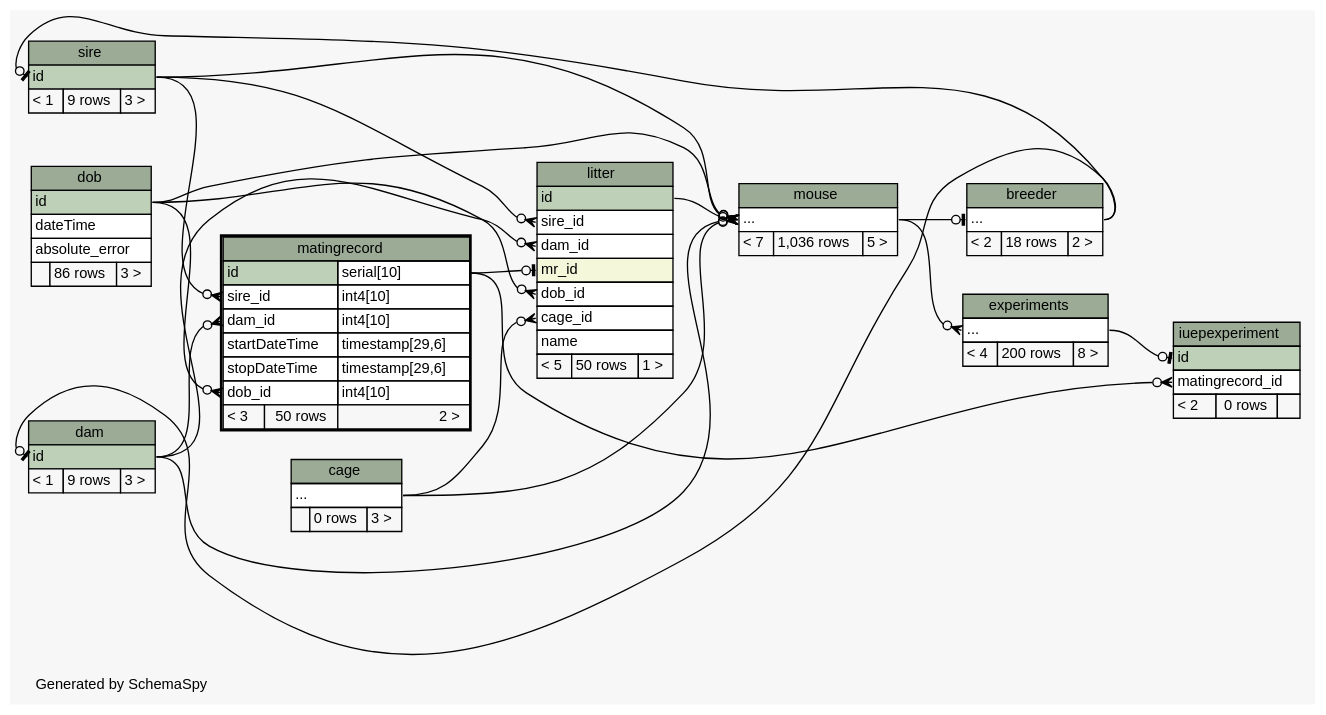
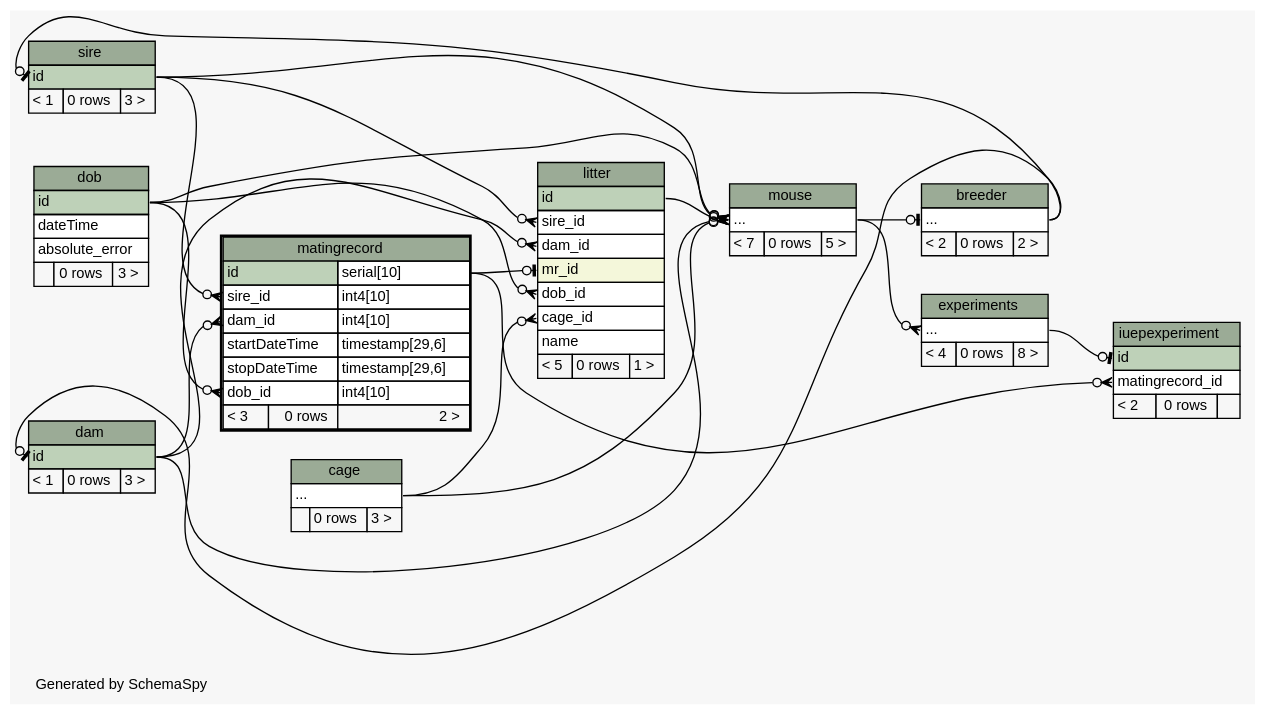
One commit to tgbugs/mlab changed the diagram in database/ss/diagrams/matingrecord.2degrees.dot. Above: the diagram before and after it, drawn with Graphviz. The commit also changed 227 other files, not shown here.

```diff
--- a/database/ss/diagrams/matingrecord.2degrees.dot
+++ b/database/ss/diagrams/matingrecord.2degrees.dot
@@ -1,155 +1,155 @@
 // dot 2.32.0 on Windows 7 6.1
 // SchemaSpy rev 590
 digraph "twoDegreesRelationshipsDiagram" {
   graph [
     rankdir="RL"
     bgcolor="#f7f7f7"
     label="\nGenerated by SchemaSpy"
     labeljust="l"
     nodesep="0.18"
     ranksep="0.46"
     fontname="Helvetica"
     fontsize="11"
   ];
   node [
     fontname="Helvetica"
     fontsize="11"
     shape="plaintext"
   ];
   edge [
     arrowsize="0.8"
   ];
   "breeder":"elipses":w -> "mouse":"elipses":e [arrowhead=none dir=back arrowtail=teeodot];
   "dam":"id":w -> "breeder":"elipses":e [arrowhead=none dir=back arrowtail=teeodot];
   "experiments":"elipses":w -> "mouse":"elipses":e [arrowhead=none dir=back arrowtail=crowodot];
   "iuepexperiment":"id":w -> "experiments":"elipses":e [arrowhead=none dir=back arrowtail=teeodot];
   "iuepexperiment":"matingrecord_id":w -> "matingrecord":"id.type":e [arrowhead=none dir=back arrowtail=crowodot];
   "litter":"cage_id":w -> "cage":"elipses":e [arrowhead=none dir=back arrowtail=crowodot];
   "litter":"dam_id":w -> "dam":"id":e [arrowhead=none dir=back arrowtail=crowodot];
   "litter":"dob_id":w -> "dob":"id":e [arrowhead=none dir=back arrowtail=crowodot];
   "litter":"mr_id":w -> "matingrecord":"id.type":e [arrowhead=none dir=back arrowtail=teeodot];
   "litter":"sire_id":w -> "sire":"id":e [arrowhead=none dir=back arrowtail=crowodot];
   "matingrecord":"dam_id":w -> "dam":"id":e [arrowhead=none dir=back arrowtail=crowodot];
   "matingrecord":"dob_id":w -> "dob":"id":e [arrowhead=none dir=back arrowtail=crowodot];
   "matingrecord":"sire_id":w -> "sire":"id":e [arrowhead=none dir=back arrowtail=crowodot];
   "mouse":"elipses":w -> "cage":"elipses":e [arrowhead=none dir=back arrowtail=crowodot];
   "mouse":"elipses":w -> "dam":"id":e [arrowhead=none dir=back arrowtail=crowodot];
   "mouse":"elipses":w -> "dob":"id":e [arrowhead=none dir=back arrowtail=crowodot];
   "mouse":"elipses":w -> "litter":"id":e [arrowhead=none dir=back arrowtail=crowodot];
   "mouse":"elipses":w -> "sire":"id":e [arrowhead=none dir=back arrowtail=crowodot];
   "sire":"id":w -> "breeder":"elipses":e [arrowhead=none dir=back arrowtail=teeodot];
   "breeder" [
     label=<
     <TABLE BORDER="0" CELLBORDER="1" CELLSPACING="0" BGCOLOR="#ffffff">
       <TR><TD COLSPAN="3" BGCOLOR="#9bab96" ALIGN="CENTER">breeder</TD></TR>
       <TR><TD PORT="elipses" COLSPAN="3" ALIGN="LEFT">...</TD></TR>
-      <TR><TD ALIGN="LEFT" BGCOLOR="#f7f7f7">&lt; 2</TD><TD ALIGN="RIGHT" BGCOLOR="#f7f7f7">18 rows</TD><TD ALIGN="RIGHT" BGCOLOR="#f7f7f7">2 &gt;</TD></TR>
+      <TR><TD ALIGN="LEFT" BGCOLOR="#f7f7f7">&lt; 2</TD><TD ALIGN="RIGHT" BGCOLOR="#f7f7f7">0 rows</TD><TD ALIGN="RIGHT" BGCOLOR="#f7f7f7">2 &gt;</TD></TR>
     </TABLE>>
     URL="breeder.html"
     tooltip="breeder"
   ];
   "cage" [
     label=<
     <TABLE BORDER="0" CELLBORDER="1" CELLSPACING="0" BGCOLOR="#ffffff">
       <TR><TD COLSPAN="3" BGCOLOR="#9bab96" ALIGN="CENTER">cage</TD></TR>
       <TR><TD PORT="elipses" COLSPAN="3" ALIGN="LEFT">...</TD></TR>
       <TR><TD ALIGN="LEFT" BGCOLOR="#f7f7f7">  </TD><TD ALIGN="RIGHT" BGCOLOR="#f7f7f7">0 rows</TD><TD ALIGN="RIGHT" BGCOLOR="#f7f7f7">3 &gt;</TD></TR>
     </TABLE>>
     URL="cage.html"
     tooltip="cage"
   ];
   "dam" [
     label=<
     <TABLE BORDER="0" CELLBORDER="1" CELLSPACING="0" BGCOLOR="#ffffff">
       <TR><TD COLSPAN="3" BGCOLOR="#9bab96" ALIGN="CENTER">dam</TD></TR>
       <TR><TD PORT="id" COLSPAN="3" BGCOLOR="#bed1b8" ALIGN="LEFT">id</TD></TR>
-      <TR><TD ALIGN="LEFT" BGCOLOR="#f7f7f7">&lt; 1</TD><TD ALIGN="RIGHT" BGCOLOR="#f7f7f7">9 rows</TD><TD ALIGN="RIGHT" BGCOLOR="#f7f7f7">3 &gt;</TD></TR>
+      <TR><TD ALIGN="LEFT" BGCOLOR="#f7f7f7">&lt; 1</TD><TD ALIGN="RIGHT" BGCOLOR="#f7f7f7">0 rows</TD><TD ALIGN="RIGHT" BGCOLOR="#f7f7f7">3 &gt;</TD></TR>
     </TABLE>>
     URL="dam.html"
     tooltip="dam"
   ];
   "dob" [
     label=<
     <TABLE BORDER="0" CELLBORDER="1" CELLSPACING="0" BGCOLOR="#ffffff">
       <TR><TD COLSPAN="3" BGCOLOR="#9bab96" ALIGN="CENTER">dob</TD></TR>
       <TR><TD PORT="id" COLSPAN="3" BGCOLOR="#bed1b8" ALIGN="LEFT">id</TD></TR>
       <TR><TD PORT="dateTime" COLSPAN="3" ALIGN="LEFT">dateTime</TD></TR>
       <TR><TD PORT="absolute_error" COLSPAN="3" ALIGN="LEFT">absolute_error</TD></TR>
-      <TR><TD ALIGN="LEFT" BGCOLOR="#f7f7f7">  </TD><TD ALIGN="RIGHT" BGCOLOR="#f7f7f7">86 rows</TD><TD ALIGN="RIGHT" BGCOLOR="#f7f7f7">3 &gt;</TD></TR>
+      <TR><TD ALIGN="LEFT" BGCOLOR="#f7f7f7">  </TD><TD ALIGN="RIGHT" BGCOLOR="#f7f7f7">0 rows</TD><TD ALIGN="RIGHT" BGCOLOR="#f7f7f7">3 &gt;</TD></TR>
     </TABLE>>
     URL="dob.html"
     tooltip="dob"
   ];
   "experiments" [
     label=<
     <TABLE BORDER="0" CELLBORDER="1" CELLSPACING="0" BGCOLOR="#ffffff">
       <TR><TD COLSPAN="3" BGCOLOR="#9bab96" ALIGN="CENTER">experiments</TD></TR>
       <TR><TD PORT="elipses" COLSPAN="3" ALIGN="LEFT">...</TD></TR>
-      <TR><TD ALIGN="LEFT" BGCOLOR="#f7f7f7">&lt; 4</TD><TD ALIGN="RIGHT" BGCOLOR="#f7f7f7">200 rows</TD><TD ALIGN="RIGHT" BGCOLOR="#f7f7f7">8 &gt;</TD></TR>
+      <TR><TD ALIGN="LEFT" BGCOLOR="#f7f7f7">&lt; 4</TD><TD ALIGN="RIGHT" BGCOLOR="#f7f7f7">0 rows</TD><TD ALIGN="RIGHT" BGCOLOR="#f7f7f7">8 &gt;</TD></TR>
     </TABLE>>
     URL="experiments.html"
     tooltip="experiments"
   ];
   "iuepexperiment" [
     label=<
     <TABLE BORDER="0" CELLBORDER="1" CELLSPACING="0" BGCOLOR="#ffffff">
       <TR><TD COLSPAN="3" BGCOLOR="#9bab96" ALIGN="CENTER">iuepexperiment</TD></TR>
       <TR><TD PORT="id" COLSPAN="3" BGCOLOR="#bed1b8" ALIGN="LEFT">id</TD></TR>
       <TR><TD PORT="matingrecord_id" COLSPAN="3" ALIGN="LEFT">matingrecord_id</TD></TR>
       <TR><TD ALIGN="LEFT" BGCOLOR="#f7f7f7">&lt; 2</TD><TD ALIGN="RIGHT" BGCOLOR="#f7f7f7">0 rows</TD><TD ALIGN="RIGHT" BGCOLOR="#f7f7f7">  </TD></TR>
     </TABLE>>
     URL="iuepexperiment.html"
     tooltip="iuepexperiment"
   ];
   "litter" [
     label=<
     <TABLE BORDER="0" CELLBORDER="1" CELLSPACING="0" BGCOLOR="#ffffff">
       <TR><TD COLSPAN="3" BGCOLOR="#9bab96" ALIGN="CENTER">litter</TD></TR>
       <TR><TD PORT="id" COLSPAN="3" BGCOLOR="#bed1b8" ALIGN="LEFT">id</TD></TR>
       <TR><TD PORT="sire_id" COLSPAN="3" ALIGN="LEFT">sire_id</TD></TR>
       <TR><TD PORT="dam_id" COLSPAN="3" ALIGN="LEFT">dam_id</TD></TR>
       <TR><TD PORT="mr_id" COLSPAN="3" BGCOLOR="#f4f7da" ALIGN="LEFT">mr_id</TD></TR>
       <TR><TD PORT="dob_id" COLSPAN="3" ALIGN="LEFT">dob_id</TD></TR>
       <TR><TD PORT="cage_id" COLSPAN="3" ALIGN="LEFT">cage_id</TD></TR>
       <TR><TD PORT="name" COLSPAN="3" ALIGN="LEFT">name</TD></TR>
-      <TR><TD ALIGN="LEFT" BGCOLOR="#f7f7f7">&lt; 5</TD><TD ALIGN="RIGHT" BGCOLOR="#f7f7f7">50 rows</TD><TD ALIGN="RIGHT" BGCOLOR="#f7f7f7">1 &gt;</TD></TR>
+      <TR><TD ALIGN="LEFT" BGCOLOR="#f7f7f7">&lt; 5</TD><TD ALIGN="RIGHT" BGCOLOR="#f7f7f7">0 rows</TD><TD ALIGN="RIGHT" BGCOLOR="#f7f7f7">1 &gt;</TD></TR>
     </TABLE>>
     URL="litter.html"
     tooltip="litter"
   ];
   "matingrecord" [
     label=<
     <TABLE BORDER="2" CELLBORDER="1" CELLSPACING="0" BGCOLOR="#ffffff">
       <TR><TD COLSPAN="3" BGCOLOR="#9bab96" ALIGN="CENTER">matingrecord</TD></TR>
       <TR><TD PORT="id" COLSPAN="2" BGCOLOR="#bed1b8" ALIGN="LEFT">id</TD><TD PORT="id.type" ALIGN="LEFT">serial[10]</TD></TR>
       <TR><TD PORT="sire_id" COLSPAN="2" ALIGN="LEFT">sire_id</TD><TD PORT="sire_id.type" ALIGN="LEFT">int4[10]</TD></TR>
       <TR><TD PORT="dam_id" COLSPAN="2" ALIGN="LEFT">dam_id</TD><TD PORT="dam_id.type" ALIGN="LEFT">int4[10]</TD></TR>
       <TR><TD PORT="startDateTime" COLSPAN="2" ALIGN="LEFT">startDateTime</TD><TD PORT="startDateTime.type" ALIGN="LEFT">timestamp[29,6]</TD></TR>
       <TR><TD PORT="stopDateTime" COLSPAN="2" ALIGN="LEFT">stopDateTime</TD><TD PORT="stopDateTime.type" ALIGN="LEFT">timestamp[29,6]</TD></TR>
       <TR><TD PORT="dob_id" COLSPAN="2" ALIGN="LEFT">dob_id</TD><TD PORT="dob_id.type" ALIGN="LEFT">int4[10]</TD></TR>
-      <TR><TD ALIGN="LEFT" BGCOLOR="#f7f7f7">&lt; 3</TD><TD ALIGN="RIGHT" BGCOLOR="#f7f7f7">50 rows</TD><TD ALIGN="RIGHT" BGCOLOR="#f7f7f7">2 &gt;</TD></TR>
+      <TR><TD ALIGN="LEFT" BGCOLOR="#f7f7f7">&lt; 3</TD><TD ALIGN="RIGHT" BGCOLOR="#f7f7f7">0 rows</TD><TD ALIGN="RIGHT" BGCOLOR="#f7f7f7">2 &gt;</TD></TR>
     </TABLE>>
     URL="matingrecord.html"
     tooltip="matingrecord"
   ];
   "mouse" [
     label=<
     <TABLE BORDER="0" CELLBORDER="1" CELLSPACING="0" BGCOLOR="#ffffff">
       <TR><TD COLSPAN="3" BGCOLOR="#9bab96" ALIGN="CENTER">mouse</TD></TR>
       <TR><TD PORT="elipses" COLSPAN="3" ALIGN="LEFT">...</TD></TR>
-      <TR><TD ALIGN="LEFT" BGCOLOR="#f7f7f7">&lt; 7</TD><TD ALIGN="RIGHT" BGCOLOR="#f7f7f7">1,036 rows</TD><TD ALIGN="RIGHT" BGCOLOR="#f7f7f7">5 &gt;</TD></TR>
+      <TR><TD ALIGN="LEFT" BGCOLOR="#f7f7f7">&lt; 7</TD><TD ALIGN="RIGHT" BGCOLOR="#f7f7f7">0 rows</TD><TD ALIGN="RIGHT" BGCOLOR="#f7f7f7">5 &gt;</TD></TR>
     </TABLE>>
     URL="mouse.html"
     tooltip="mouse"
   ];
   "sire" [
     label=<
     <TABLE BORDER="0" CELLBORDER="1" CELLSPACING="0" BGCOLOR="#ffffff">
       <TR><TD COLSPAN="3" BGCOLOR="#9bab96" ALIGN="CENTER">sire</TD></TR>
       <TR><TD PORT="id" COLSPAN="3" BGCOLOR="#bed1b8" ALIGN="LEFT">id</TD></TR>
-      <TR><TD ALIGN="LEFT" BGCOLOR="#f7f7f7">&lt; 1</TD><TD ALIGN="RIGHT" BGCOLOR="#f7f7f7">9 rows</TD><TD ALIGN="RIGHT" BGCOLOR="#f7f7f7">3 &gt;</TD></TR>
+      <TR><TD ALIGN="LEFT" BGCOLOR="#f7f7f7">&lt; 1</TD><TD ALIGN="RIGHT" BGCOLOR="#f7f7f7">0 rows</TD><TD ALIGN="RIGHT" BGCOLOR="#f7f7f7">3 &gt;</TD></TR>
     </TABLE>>
     URL="sire.html"
     tooltip="sire"
   ];
 }
```
